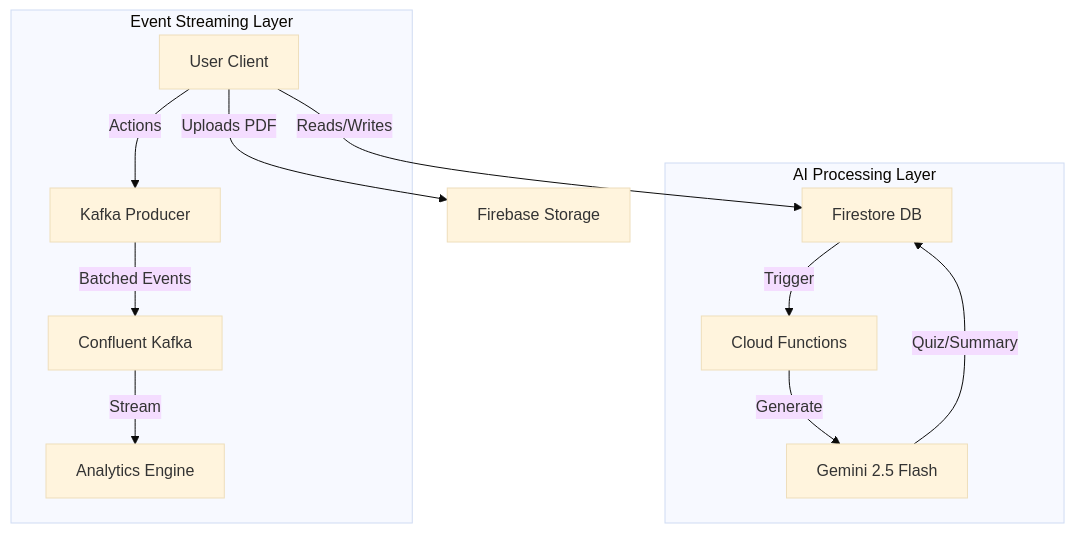
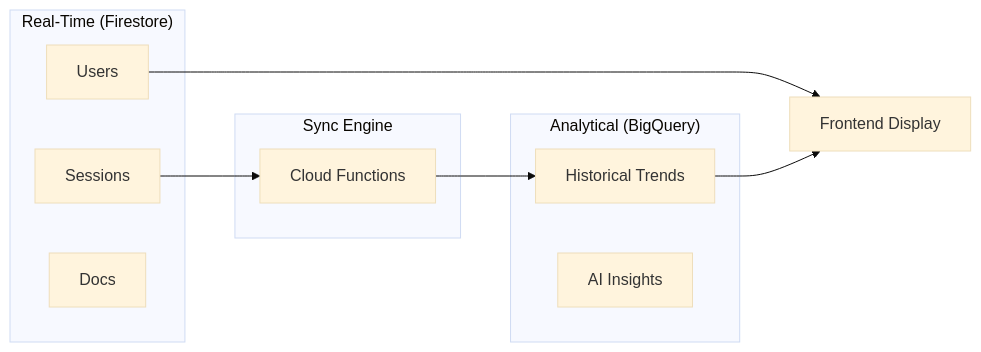
The fifth of 5 diagrams in README.md (Sagar-Singh-Airee/Study-Gloqe), drawn with Mermaid (base theme) before and after one commit. The commit also changed other lines of this file and 1 other file, not shown here.

Commit message:
docs: integrate detailed architecture into README and remove redundant file

````diff
--- a/README.md
+++ b/README.md
@@ -130,17 +228,22 @@
 ```mermaid
-graph TD
-    User[User Client] -->|Uploads PDF| FB[Firebase Storage]
-    User -->|Reads/Writes| FS[Firestore DB]
-    
-    subgraph "AI Processing Layer"
-        FS -- Trigger --> CF[Cloud Functions]
-        CF -->|Generate| Gemini[Gemini 2.5 Flash]
-        Gemini -->|Quiz/Summary| FS
+graph LR
+    subgraph "Real-Time (Firestore)"
+        U[Users]
+        S[Sessions]
+        D[Docs]
     end
-    
-    subgraph "Event Streaming Layer"
-        User -- Actions --> KP[Kafka Producer]
-        KP -- Batched Events --> Kafka[Confluent Kafka]
-        Kafka -- Stream --> Analytics[Analytics Engine]
+
+    subgraph "Analytical (BigQuery)"
+        BQH[Historical Trends]
+        BQA[AI Insights]
     end
+
+    subgraph "Sync Engine"
+        SE[Cloud Functions]
+    end
+
+    S --> SE
+    SE --> BQH
+    U --> Dashboard[Frontend Display]
+    BQH --> Dashboard
 ```
````
